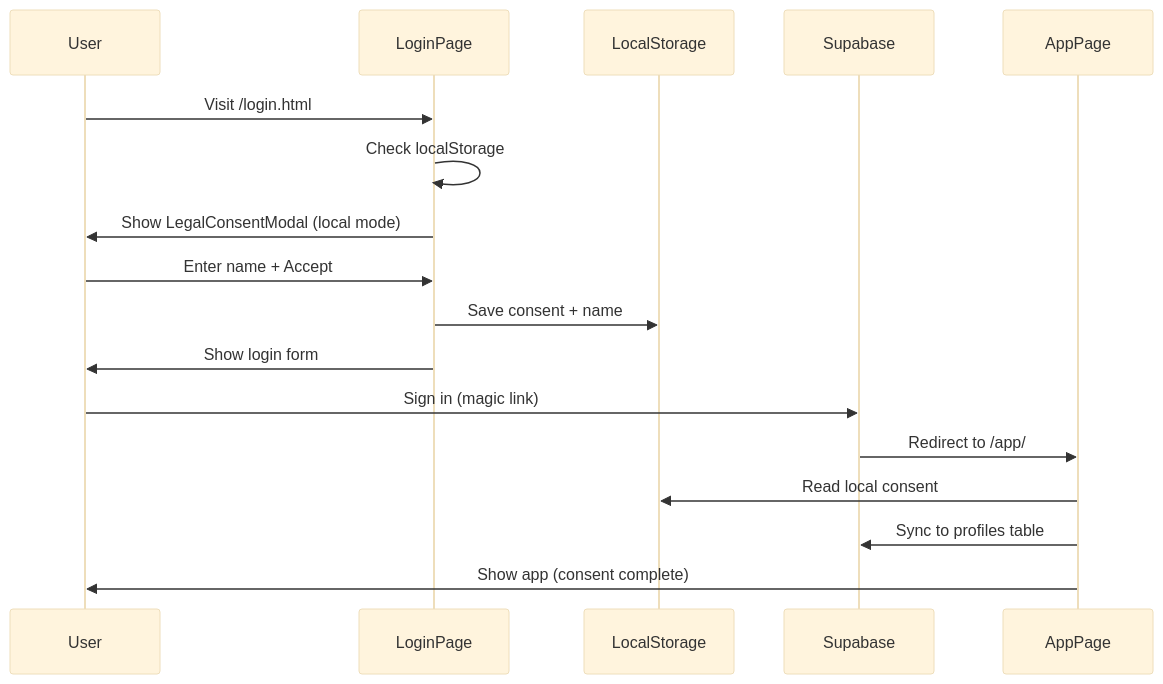
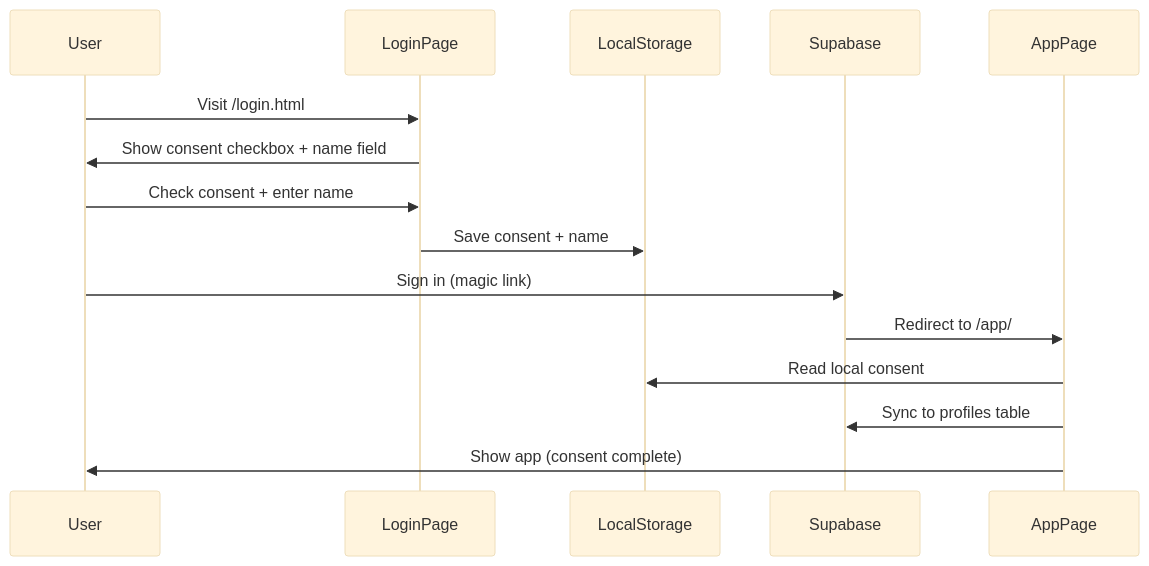
One commit to RavveFix/Veridat changed the first of 2 diagrams in docs/legal-consent-layer.md. Above: the diagram before and after it, drawn with Mermaid (base theme). The commit also changed other lines of this file and 91 other files, not shown here.

First line of the commit message:
feat: App redesign with new UI, architecture refactor, and security hardening

````diff
--- a/docs/legal-consent-layer.md
+++ b/docs/legal-consent-layer.md
@@ -43,20 +44,18 @@
 ```mermaid
 sequenceDiagram
     participant User
     participant LoginPage
     participant LocalStorage
     participant Supabase
     participant AppPage
 
     User->>LoginPage: Visit /login.html
-    LoginPage->>LoginPage: Check localStorage
-    LoginPage->>User: Show LegalConsentModal (local mode)
-    User->>LoginPage: Enter name + Accept
+    LoginPage->>User: Show consent checkbox + name field
+    User->>LoginPage: Check consent + enter name
     LoginPage->>LocalStorage: Save consent + name
-    LoginPage->>User: Show login form
     User->>Supabase: Sign in (magic link)
     Supabase->>AppPage: Redirect to /app/
     AppPage->>LocalStorage: Read local consent
     AppPage->>Supabase: Sync to profiles table
     AppPage->>User: Show app (consent complete)
 ```
````
